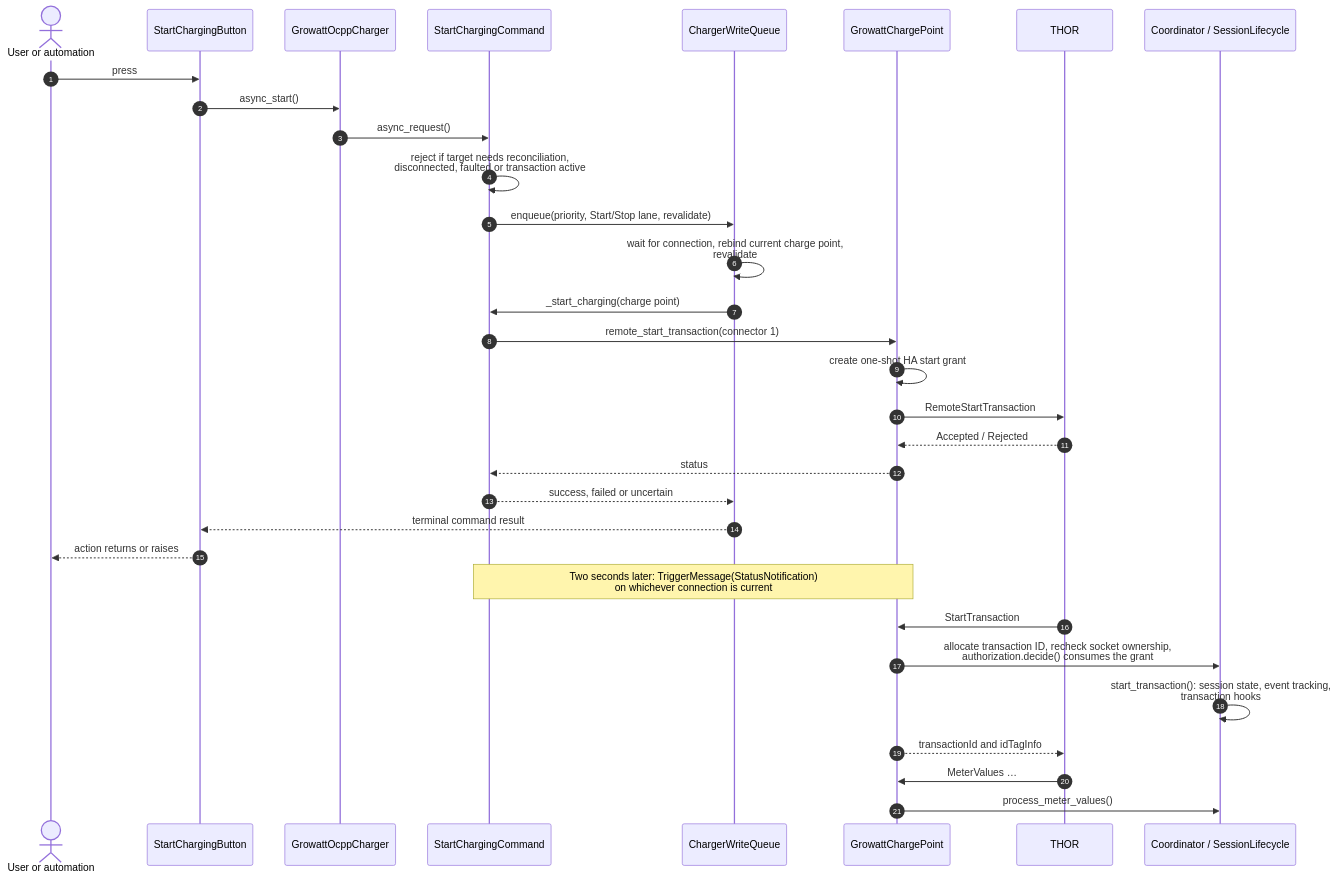
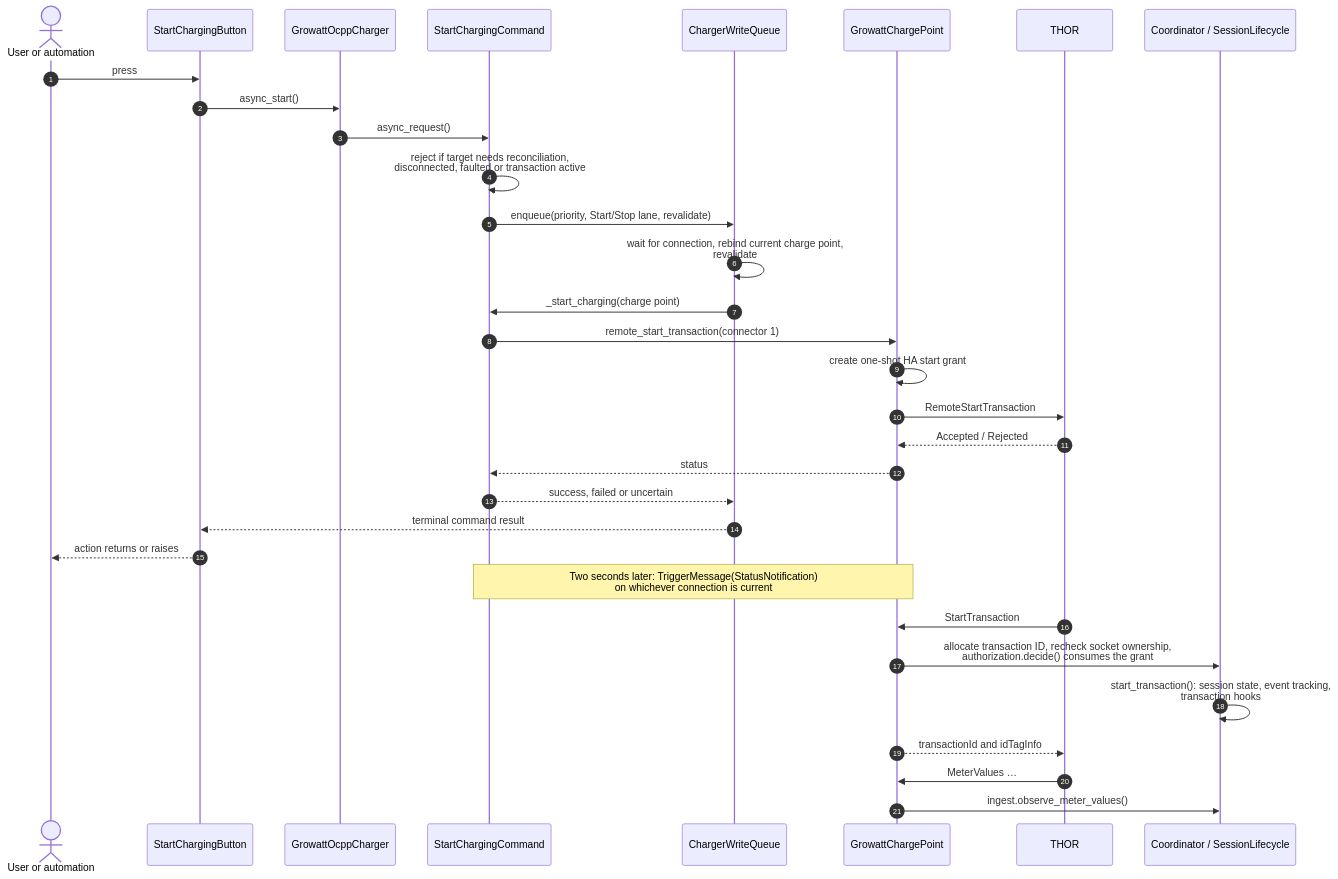
Before and after one commit to bobbesnl/growatt_thor: the first of 4 diagrams in docs/runtime-flows.md, drawn with Mermaid. The commit also changed 25 other files, not shown here.

````diff
--- a/docs/runtime-flows.md
+++ b/docs/runtime-flows.md
@@ -24,35 +24,35 @@
 ```mermaid
 sequenceDiagram
   autonumber
   actor User as User or automation
   participant Button as StartChargingButton
   participant Ctl as GrowattOcppCharger
   participant Cmd as StartChargingCommand
   participant Queue as ChargerWriteQueue
   participant CP as GrowattChargePoint
   participant THOR
   participant Coord as Coordinator / SessionLifecycle
 
   User->>Button: press
   Button->>Ctl: async_start()
   Ctl->>Cmd: async_request()
   Cmd->>Cmd: reject if target needs reconciliation,<br/>disconnected, faulted or transaction active
   Cmd->>Queue: enqueue(priority, Start/Stop lane, revalidate)
   Queue->>Queue: wait for connection, rebind current charge point,<br/>revalidate
   Queue->>Cmd: _start_charging(charge point)
   Cmd->>CP: remote_start_transaction(connector 1)
   CP->>CP: create one-shot HA start grant
   CP->>THOR: RemoteStartTransaction
   THOR-->>CP: Accepted / Rejected
   CP-->>Cmd: status
   Cmd-->>Queue: success, failed or uncertain
   Queue-->>Button: terminal command result
   Button-->>User: action returns or raises
   Note over Cmd,CP: Two seconds later: TriggerMessage(StatusNotification)<br/>on whichever connection is current
   THOR->>CP: StartTransaction
   CP->>Coord: allocate transaction ID, recheck socket ownership,<br/>authorization.decide() consumes the grant
   Coord->>Coord: start_transaction(): session state, event tracking,<br/>transaction hooks
   CP-->>THOR: transactionId and idTagInfo
   THOR->>CP: MeterValues …
-  CP->>Coord: process_meter_values()
+  CP->>Coord: ingest.observe_meter_values()
 ```
````
